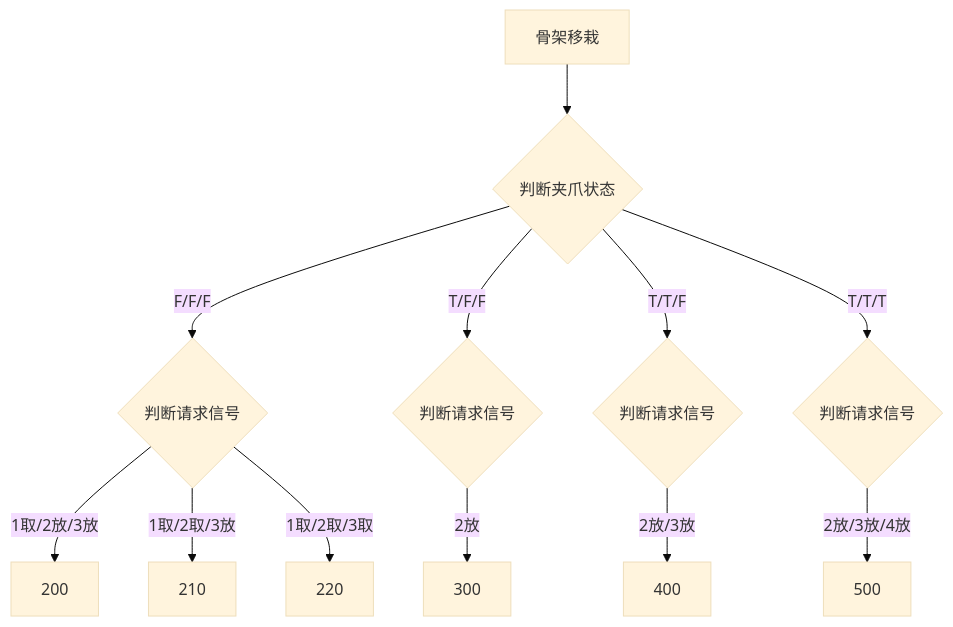
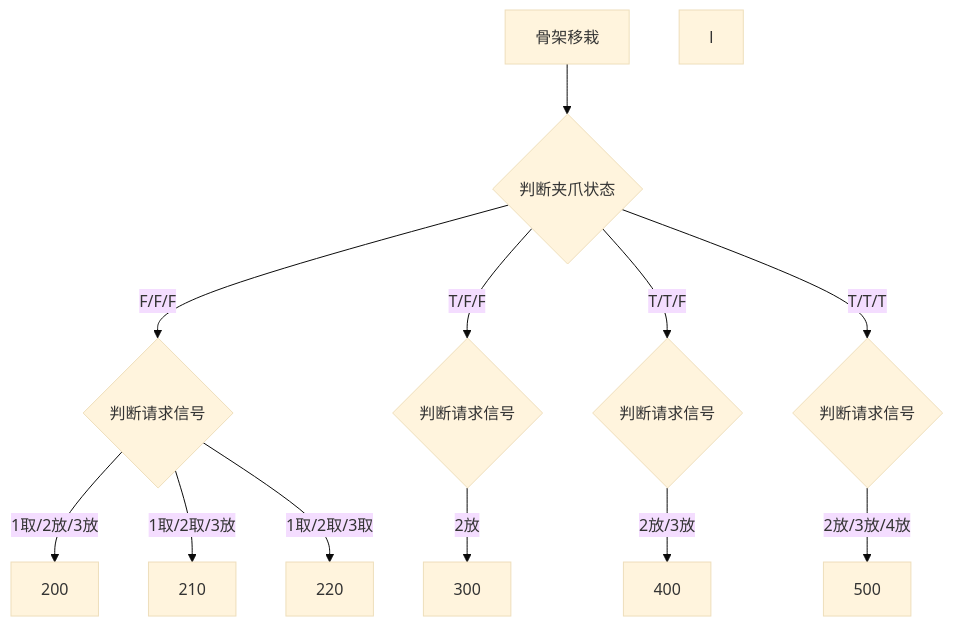
The diagram in all/VR-OP90骨架移栽1.md (zmq000/iodraw-files), drawn with Mermaid (base theme) before and after one commit.

Commit message:
2026-06-18 17:18:47 update

````diff
--- a/all/VR-OP90骨架移栽1.md
+++ b/all/VR-OP90骨架移栽1.md
@@ -1,16 +1,16 @@
 ```mermaid
 graph TD
 0[骨架移栽]-->10
 10{判断夹爪状态}-->|F/F/F|20
 10-->|T/F/F|30
 10-->|T/T/F|40
 10-->|T/T/T|50
 
 20{判断请求信号}-->|1取/2放/3放|200
 20-->|1取/2取/3放|210
 20-->|1取/2取/3取|220
 30{判断请求信号}-->|2放|300
 40{判断请求信号}-->|2放/3放|400
 50{判断请求信号}-->|2放/3放/4放|500
-
+l
 ```
````
